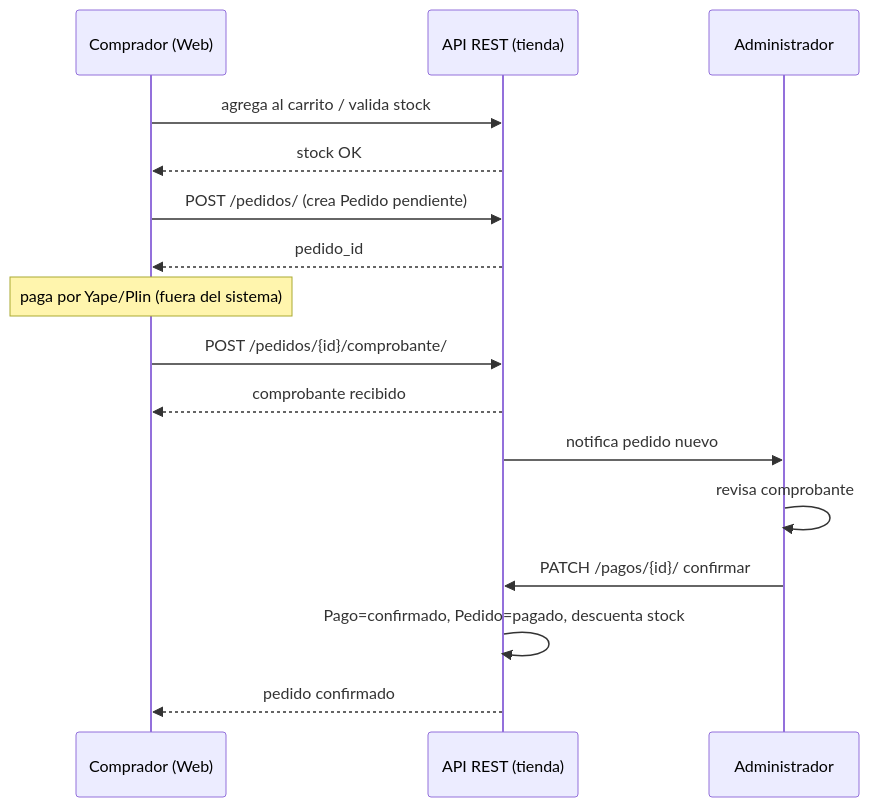
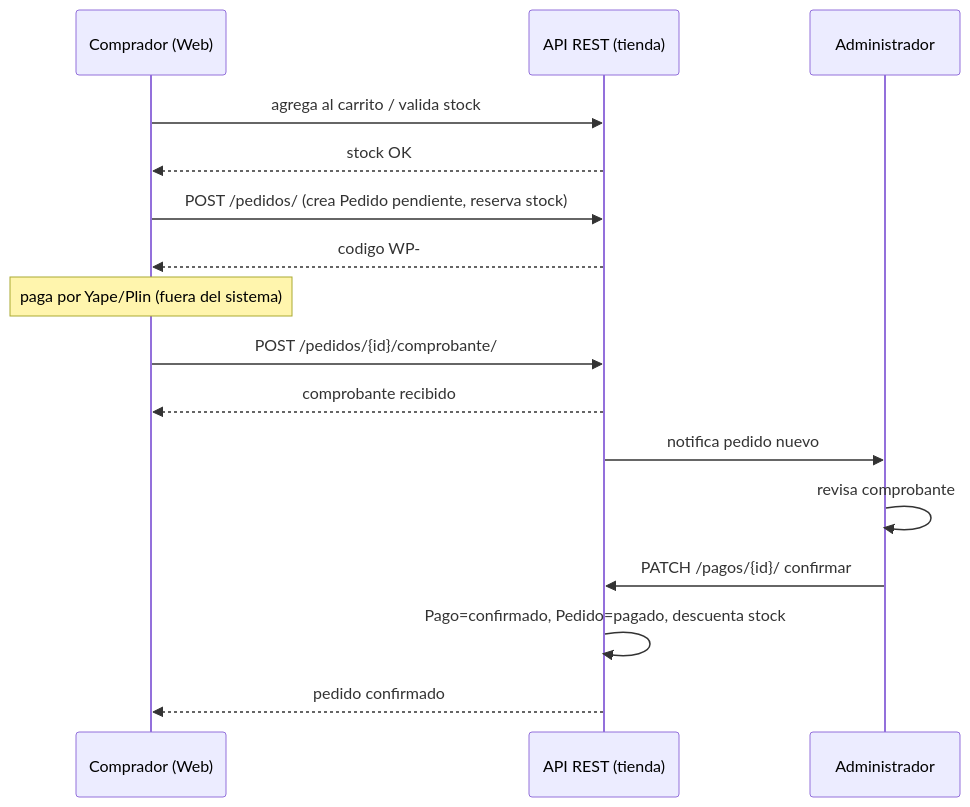
The seventh of 8 diagrams in docs/software/files/Diagramas_Mermaid.md (LuisAlbertoQ/epe-wawa-pacocha), drawn with Mermaid before and after one commit. The commit also changed other lines of this file and 7 other files, not shown here.

Commit message:
Actualiza diagramas y textos del sitio segun el MVP (Wawa Pacocha)

````diff
--- a/docs/software/files/Diagramas_Mermaid.md
+++ b/docs/software/files/Diagramas_Mermaid.md
@@ -361,18 +462,18 @@
 ```mermaid
 sequenceDiagram
     participant C as Comprador (Web)
     participant API as API REST (tienda)
     participant A as Administrador
     C->>API: agrega al carrito / valida stock
     API-->>C: stock OK
-    C->>API: POST /pedidos/ (crea Pedido pendiente)
-    API-->>C: pedido_id
+    C->>API: POST /pedidos/ (crea Pedido pendiente, reserva stock)
+    API-->>C: codigo WP-#####
     Note over C: paga por Yape/Plin (fuera del sistema)
     C->>API: POST /pedidos/{id}/comprobante/
     API-->>C: comprobante recibido
     API->>A: notifica pedido nuevo
     A->>A: revisa comprobante
     A->>API: PATCH /pagos/{id}/ confirmar
     API->>API: Pago=confirmado, Pedido=pagado, descuenta stock
     API-->>C: pedido confirmado
 ```
````
